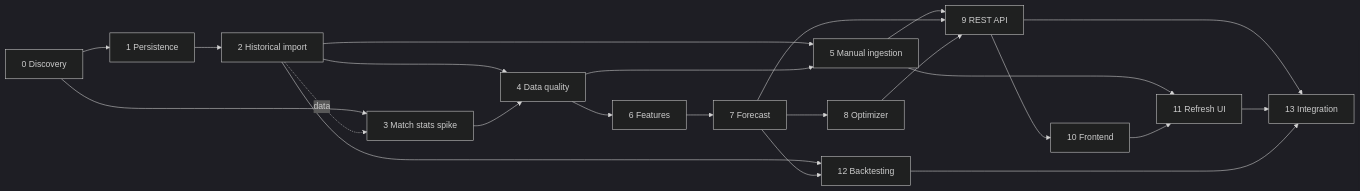
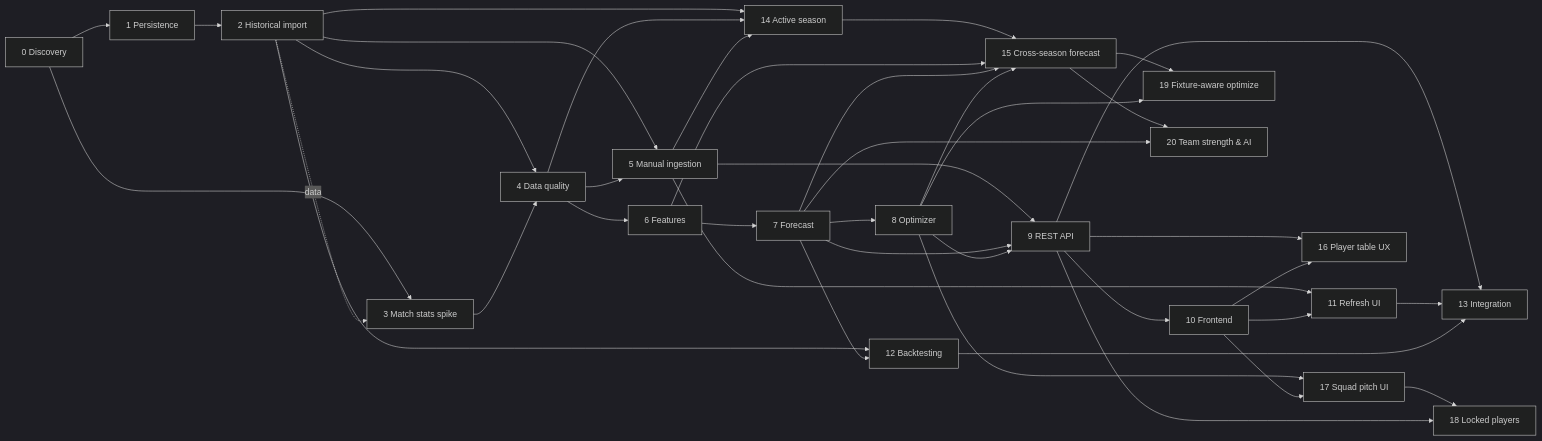
Before and after one commit to smokebeliu/fantasy-analytic: the diagram in docs/development-plan.md, drawn with Mermaid (dark theme). The commit also changed other lines of this file and 1 other file, not shown here.

Commit message:
docs(plan): add steps 14-20 for new-season squad building refinements

````diff
--- a/docs/development-plan.md
+++ b/docs/development-plan.md
@@ -109,25 +128,42 @@
 ```mermaid
 flowchart LR
     S0[0 Discovery] --> S1[1 Persistence]
     S0 --> S3[3 Match stats spike]
     S1 --> S2[2 Historical import]
     S2 -. data .-> S3
     S2 --> S4[4 Data quality]
     S3 --> S4
     S2 --> S5[5 Manual ingestion]
     S4 --> S5
     S4 --> S6[6 Features]
     S6 --> S7[7 Forecast]
     S7 --> S8[8 Optimizer]
     S5 --> S9[9 REST API]
     S7 --> S9
     S8 --> S9
     S9 --> S10[10 Frontend]
     S5 --> S11[11 Refresh UI]
     S10 --> S11
     S2 --> S12[12 Backtesting]
     S7 --> S12
     S9 --> S13[13 Integration]
     S11 --> S13
     S12 --> S13
+    S2 --> S14[14 Active season]
+    S4 --> S14
+    S5 --> S14
+    S14 --> S15[15 Cross-season forecast]
+    S6 --> S15
+    S7 --> S15
+    S8 --> S15
+    S9 --> S16[16 Player table UX]
+    S10 --> S16
+    S8 --> S17[17 Squad pitch UI]
+    S10 --> S17
+    S17 --> S18[18 Locked players]
+    S9 --> S18
+    S15 --> S19[19 Fixture-aware optimize]
+    S8 --> S19
+    S15 --> S20[20 Team strength & AI]
+    S7 --> S20
 ```
````
